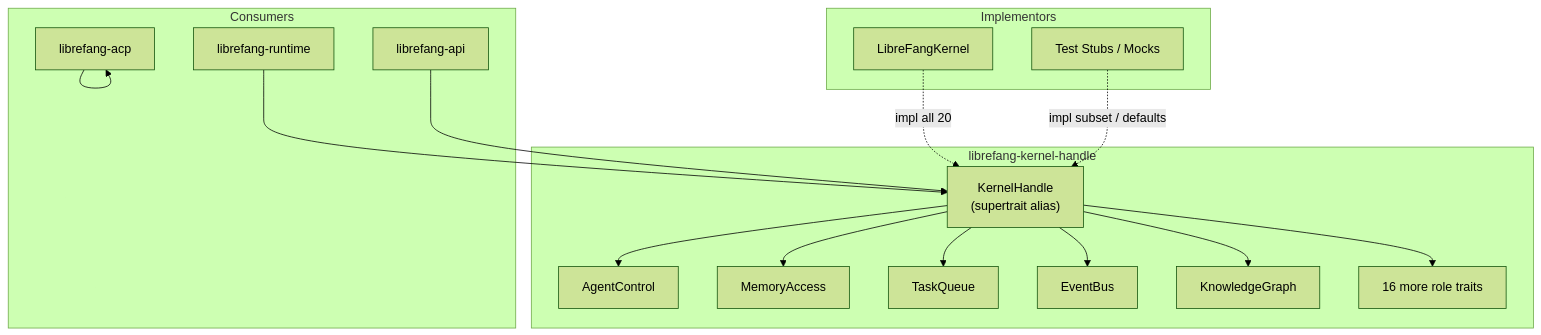
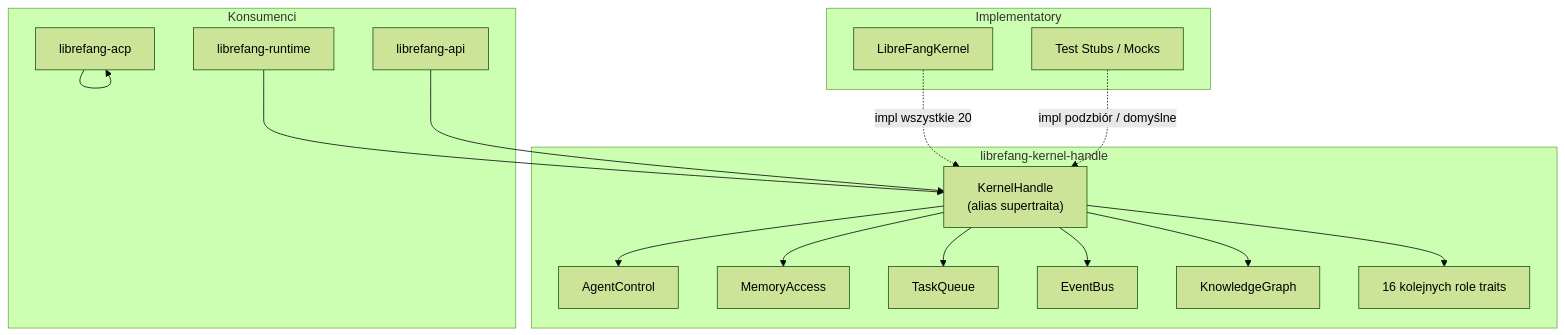
Before and after one commit to leszek3737/librefang-WIki: the diagram in crates-librefang-kernel-handle.md, drawn with Mermaid (forest theme). The commit also changed other lines of this file and 104 other files, not shown here.

````diff
--- a/crates-librefang-kernel-handle.md
+++ b/crates-librefang-kernel-handle.md
@@ -11,37 +11,37 @@
 ```mermaid
 graph TD
-    subgraph "Consumers"
+    subgraph "Konsumenci"
         RT[librefang-runtime]
         API[librefang-api]
         ACP[librefang-acp]
     end
 
     subgraph "librefang-kernel-handle"
-        KH["KernelHandle<br/>(supertrait alias)"]
+        KH["KernelHandle<br/>(alias supertraita)"]
         AC[AgentControl]
         MA[MemoryAccess]
         TQ[TaskQueue]
         EB[EventBus]
         KG[KnowledgeGraph]
-        Other["16 more role traits"]
+        Other["16 kolejnych role traits"]
     end
 
-    subgraph "Implementors"
+    subgraph "Implementatory"
         K[LibreFangKernel]
         ST[Test Stubs / Mocks]
     end
 
     RT --> KH
     API --> KH
     ACP --> ACP
 
     KH --> AC
     KH --> MA
     KH --> TQ
     KH --> EB
     KH --> KG
     KH --> Other
 
-    K -.->|impl all 20| KH
-    ST -.->|impl subset / defaults| KH
+    K -.->|impl wszystkie 20| KH
+    ST -.->|impl podzbiór / domyślne| KH
 ```
````
